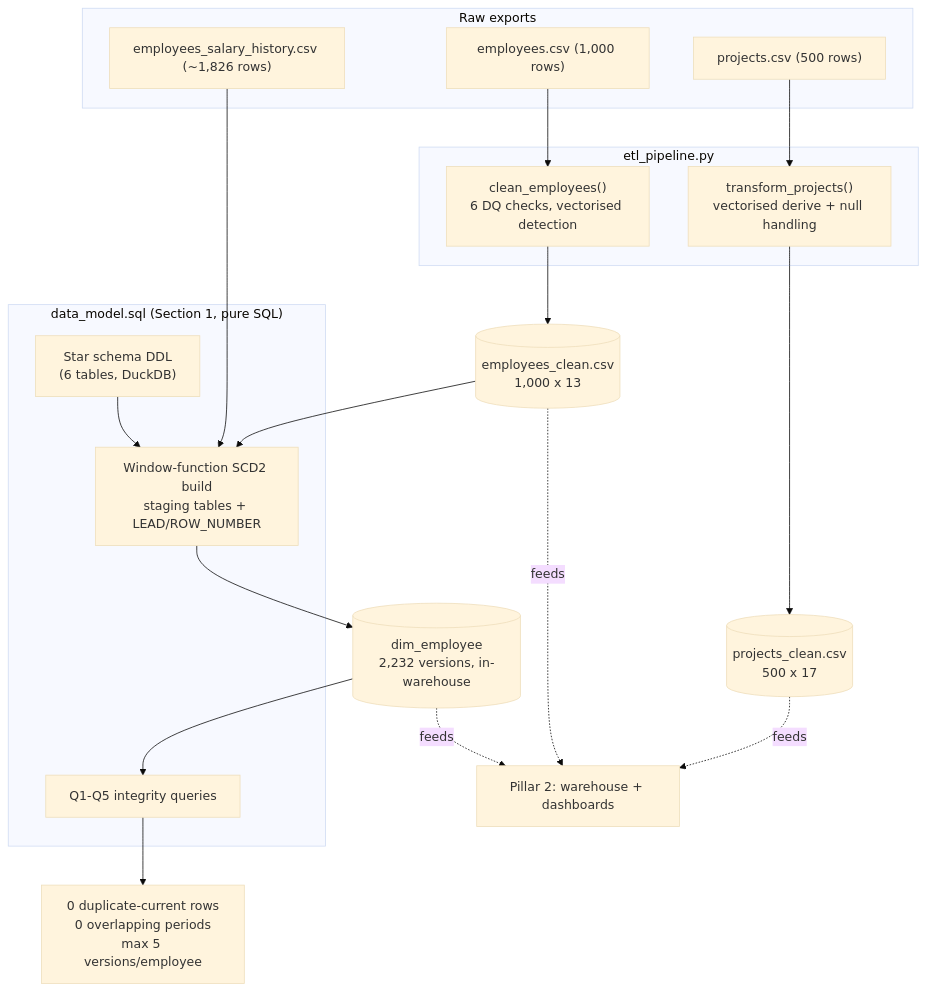
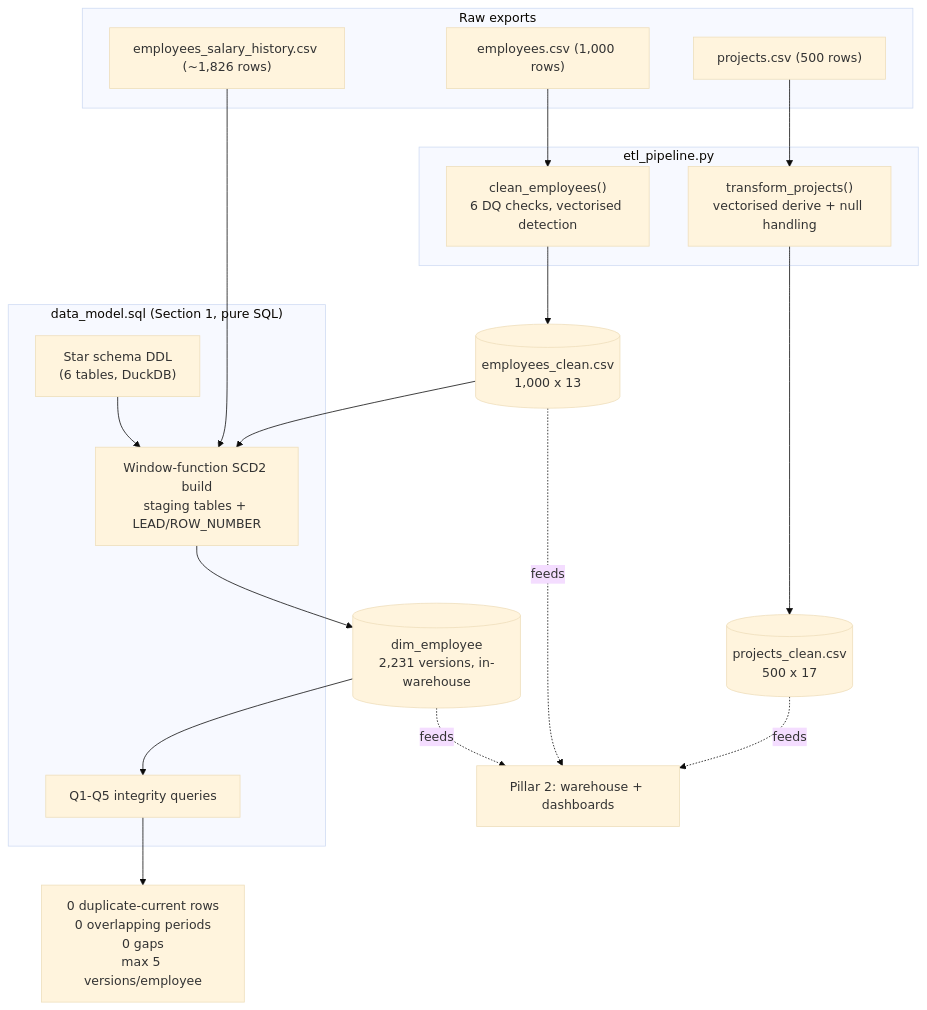
Before and after one commit to baijumohan/stackup-engineering-academy_assessment: the diagram in solutions/submissions/baiju_mohan/project_docs/01_foundations.md, drawn with Mermaid (base theme). The commit also changed other lines of this file and 10 other files, not shown here.

First line of the commit message:
Fix SCD2 same-day duplicate bug; build out interview deck with real captures

````diff
--- a/solutions/submissions/baiju_mohan/project_docs/01_foundations.md
+++ b/solutions/submissions/baiju_mohan/project_docs/01_foundations.md
@@ -37,33 +37,33 @@
 ```mermaid
 flowchart TD
     subgraph Sources["Raw exports"]
         P["projects.csv (500 rows)"]
         E["employees.csv (1,000 rows)"]
         H["employees_salary_history.csv (~1,826 rows)"]
     end
 
     subgraph Clean["etl_pipeline.py"]
         TP["transform_projects()\nvectorised derive + null handling"]
         CE["clean_employees()\n6 DQ checks, vectorised detection"]
     end
 
     P --> TP --> PC[("projects_clean.csv\n500 x 17")]
     E --> CE --> EC[("employees_clean.csv\n1,000 x 13")]
 
     subgraph Build["data_model.sql (Section 1, pure SQL)"]
         DDL["Star schema DDL\n(6 tables, DuckDB)"]
         SCD["Window-function SCD2 build\nstaging tables + LEAD/ROW_NUMBER"]
         Q["Q1-Q5 integrity queries"]
     end
 
     EC --> SCD
     H --> SCD
     DDL --> SCD
-    SCD --> DIM[("dim_employee\n2,232 versions, in-warehouse")]
+    SCD --> DIM[("dim_employee\n2,231 versions, in-warehouse")]
     DIM --> Q
-    Q --> Result["0 duplicate-current rows\n0 overlapping periods\nmax 5 versions/employee"]
+    Q --> Result["0 duplicate-current rows\n0 overlapping periods\n0 gaps\nmax 5 versions/employee"]
 
     PC -.feeds.-> P2["Pillar 2: warehouse + dashboards"]
     EC -.feeds.-> P2
     DIM -.feeds.-> P2
 ```
````
